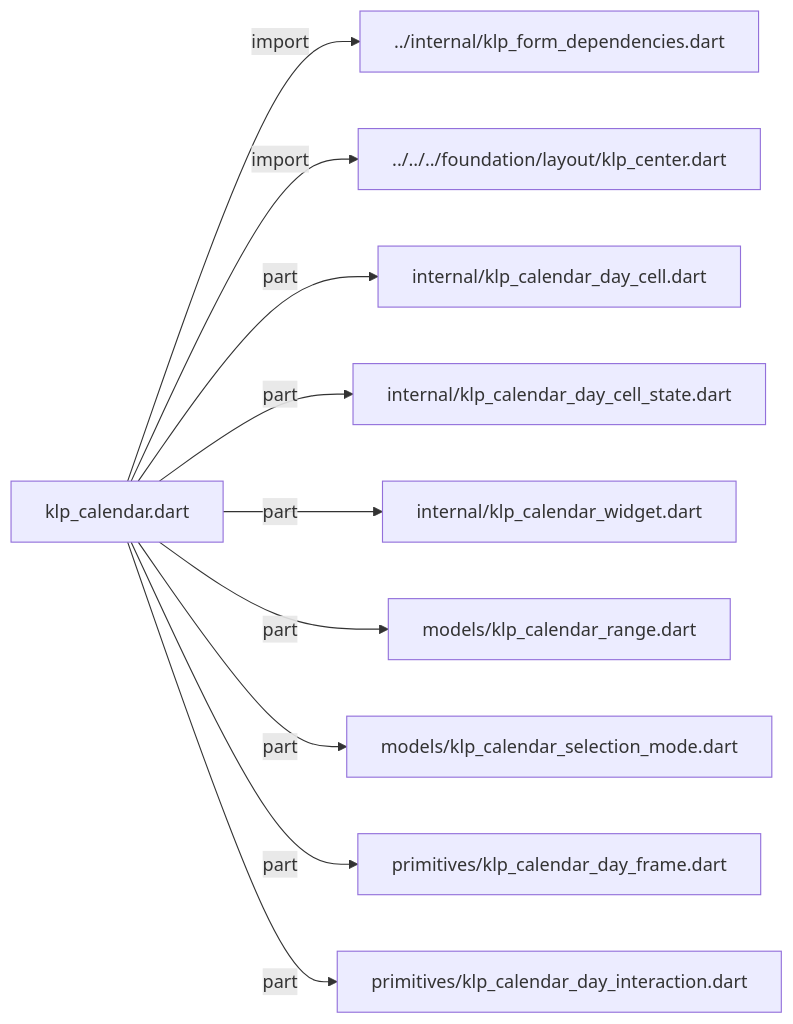
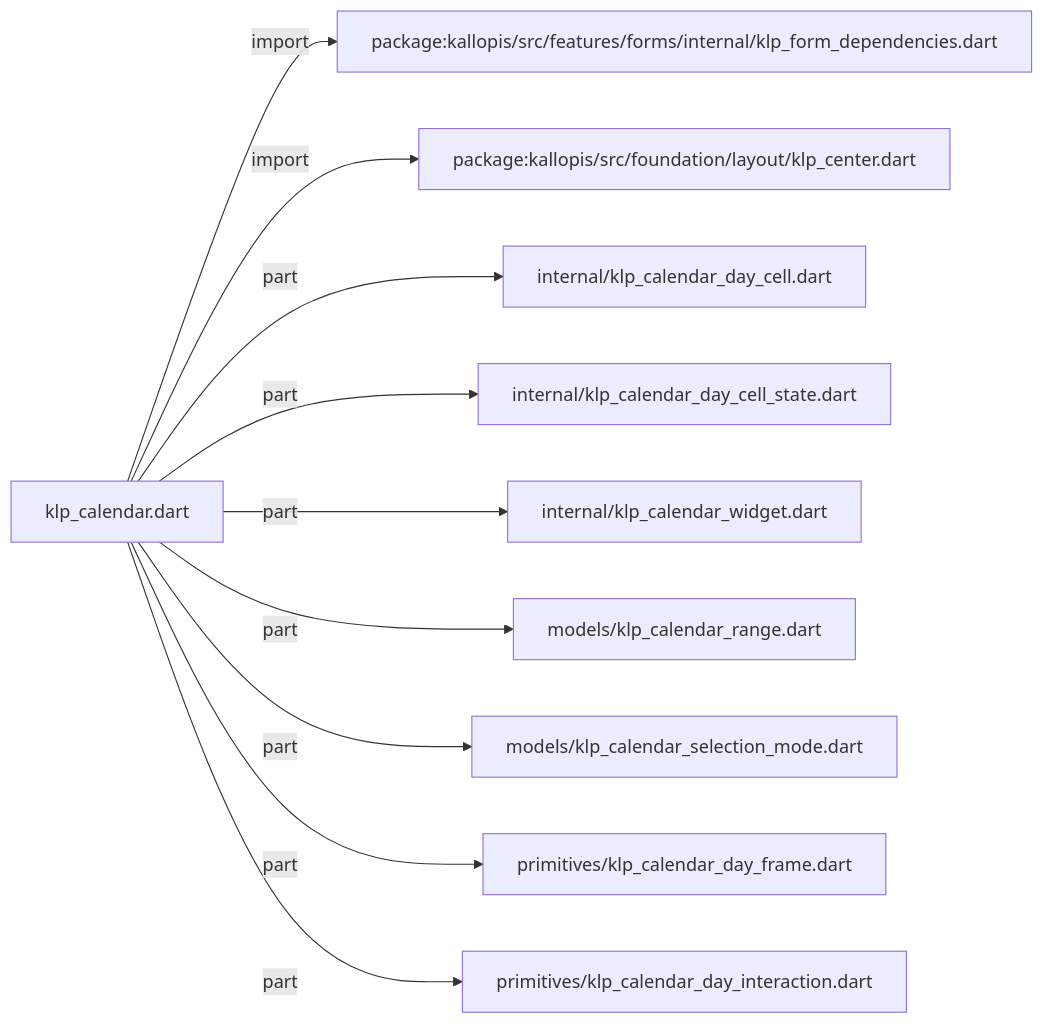
One commit to MiuDog/Kallopis changed the diagram in docs/architecture/src/features/forms/selection/klp_calendar.md. Above: the diagram before and after it, drawn with Mermaid. The commit also changed other lines of this file and 9688 other files, not shown here.

Commit message:
Prepare isolated Flow F2 peer baseline

````diff
--- a/docs/architecture/src/features/forms/selection/klp_calendar.md
+++ b/docs/architecture/src/features/forms/selection/klp_calendar.md
@@ -11,22 +11,22 @@
 ```mermaid
 flowchart LR
 	n0["klp_calendar.dart"]
-	n1["../internal/klp_form_dependencies.dart"]
-	n2["../../../foundation/layout/klp_center.dart"]
+	n1["package:kallopis/src/features/forms/internal/klp_form_dependencies.dart"]
+	n2["package:kallopis/src/foundation/layout/klp_center.dart"]
 	n3["internal/klp_calendar_day_cell.dart"]
 	n4["internal/klp_calendar_day_cell_state.dart"]
 	n5["internal/klp_calendar_widget.dart"]
 	n6["models/klp_calendar_range.dart"]
 	n7["models/klp_calendar_selection_mode.dart"]
 	n8["primitives/klp_calendar_day_frame.dart"]
 	n9["primitives/klp_calendar_day_interaction.dart"]
 	n0 -->|"import"| n1
 	n0 -->|"import"| n2
 	n0 -->|"part"| n3
 	n0 -->|"part"| n4
 	n0 -->|"part"| n5
 	n0 -->|"part"| n6
 	n0 -->|"part"| n7
 	n0 -->|"part"| n8
 	n0 -->|"part"| n9
 ```
````
